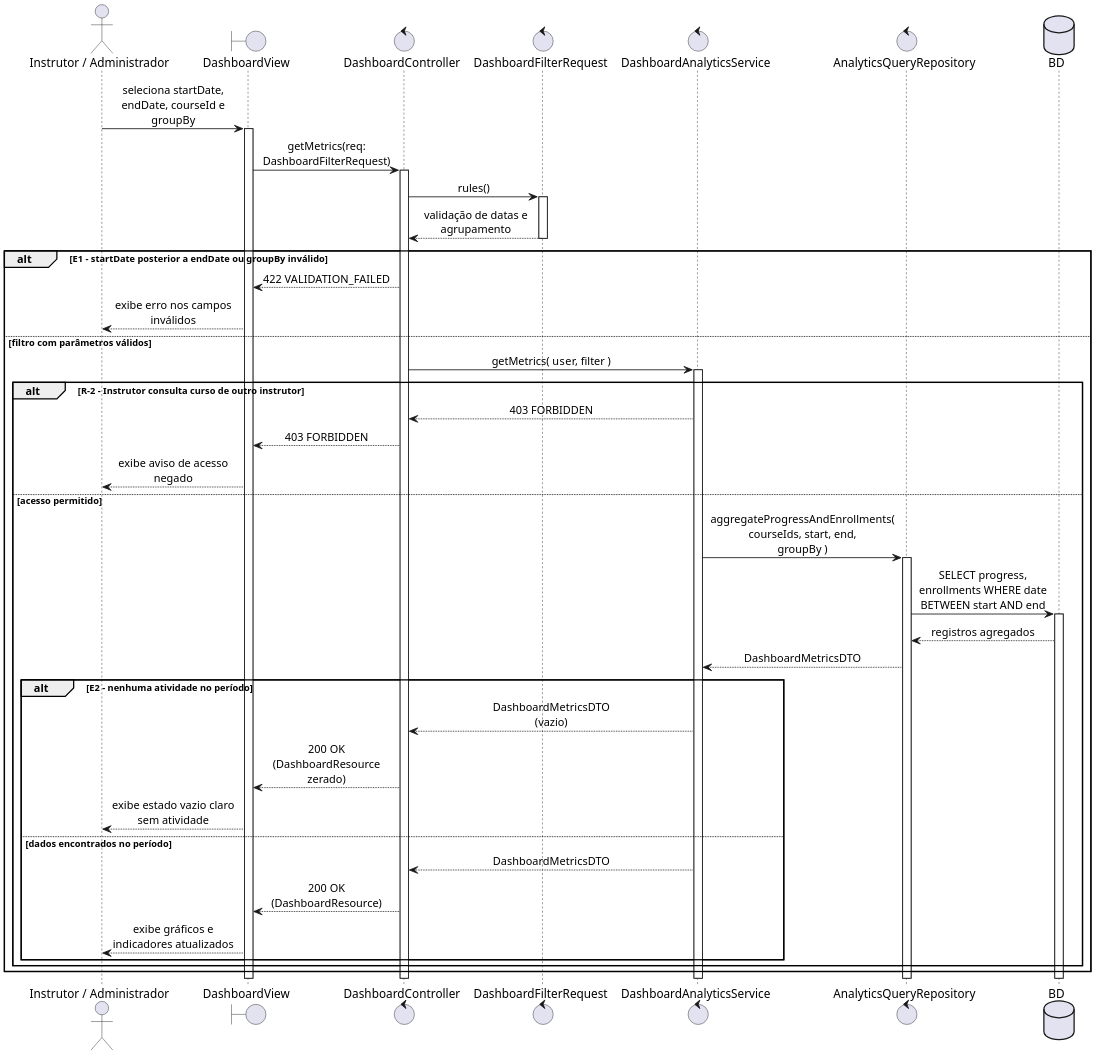
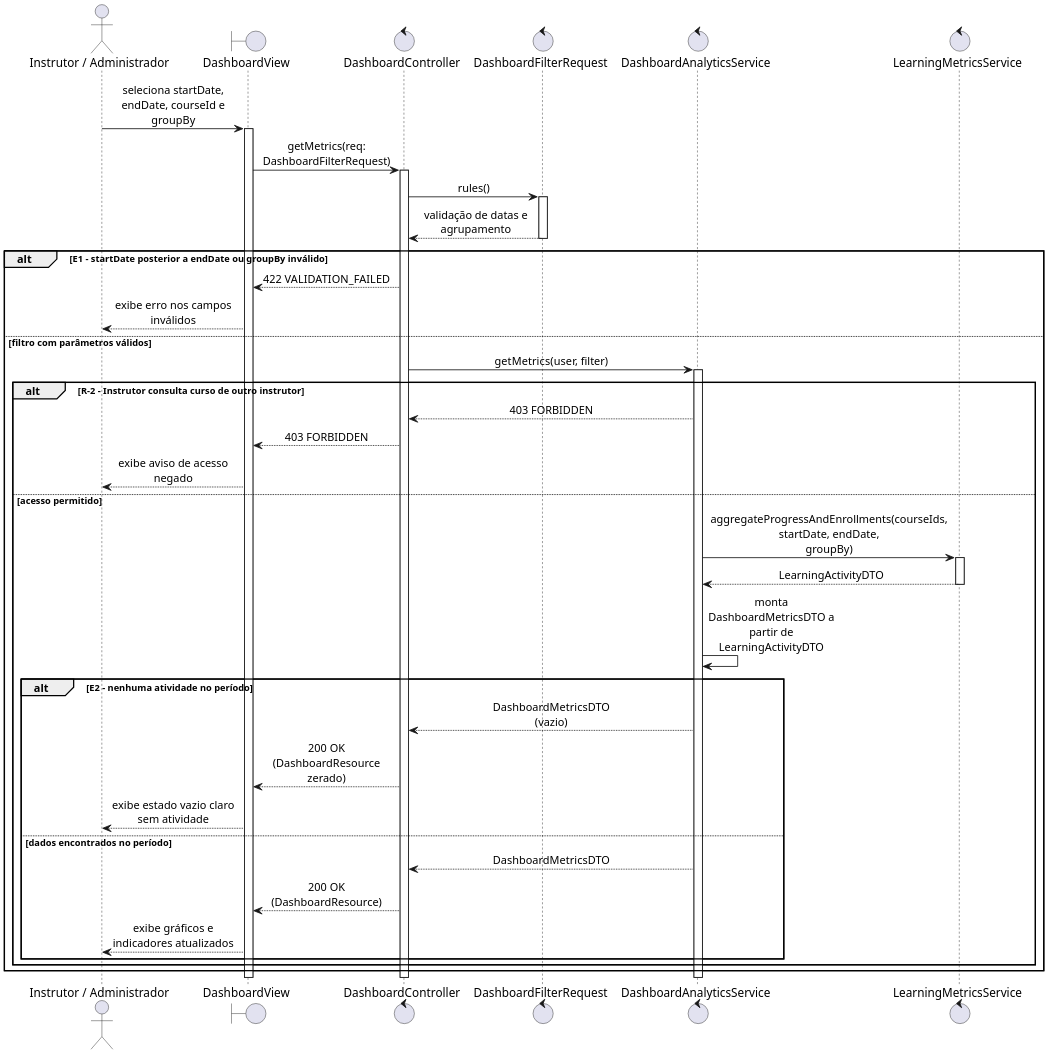
The diagram in scripts/drawio-seqgen/exemplos/14-sequencia-uc007.puml (Plataforma-de-Cursos-TCC/plataforma-cursos-docs), drawn with PlantUML before and after one commit. The commit also changed other lines of this file and 3 other files, not shown here.

First line of the commit message:
fix(sequencia-uc007): read dashboard metrics through the Area C service

```diff
--- a/scripts/drawio-seqgen/exemplos/14-sequencia-uc007.puml
+++ b/scripts/drawio-seqgen/exemplos/14-sequencia-uc007.puml
@@ -3,47 +4,45 @@
 @startuml 14-sequencia-uc007
 skinparam shadowing false
 skinparam dpi 192
 skinparam defaultFontName Arial
 skinparam sequenceMessageAlign center
 skinparam responseMessageBelowArrow true
 skinparam wrapMessageWidth 170
 skinparam BoxPadding 8
 
 actor "Instrutor / Administrador" as USU
 boundary DashboardView as V
 control DashboardController as C
 control DashboardFilterRequest as Q
 control DashboardAnalyticsService as S
-control AnalyticsQueryRepository as R
-database BD
+control LearningMetricsService as LM
 
 USU -> V ++ : seleciona startDate, endDate, courseId e groupBy
 V -> C ++ : getMetrics(req: DashboardFilterRequest)
 C -> Q ++ : rules()
 Q --> C -- : validação de datas e agrupamento
 alt E1 - startDate posterior a endDate ou groupBy inválido
   C --> V : 422 VALIDATION_FAILED
   V --> USU : exibe erro nos campos inválidos
 else filtro com parâmetros válidos
-  C -> S ++ : getMetrics( user, filter )
+  C -> S ++ : getMetrics(user, filter)
   alt R-2 - Instrutor consulta curso de outro instrutor
     S --> C : 403 FORBIDDEN
     C --> V : 403 FORBIDDEN
     V --> USU : exibe aviso de acesso negado
   else acesso permitido
-    S -> R ++ : aggregateProgressAndEnrollments( courseIds, start, end, groupBy )
-    R -> BD ++ : SELECT progress, enrollments WHERE date BETWEEN start AND end
-    BD --> R : registros agregados
-    R --> S : DashboardMetricsDTO
+    S -> LM ++ : aggregateProgressAndEnrollments(courseIds, startDate, endDate, groupBy)
+    LM --> S -- : LearningActivityDTO
+    S -> S : monta DashboardMetricsDTO a partir de LearningActivityDTO
     alt E2 - nenhuma atividade no período
       S --> C : DashboardMetricsDTO (vazio)
       C --> V : 200 OK (DashboardResource zerado)
       V --> USU : exibe estado vazio claro sem atividade
     else dados encontrados no período
       S --> C : DashboardMetricsDTO
       C --> V : 200 OK (DashboardResource)
       V --> USU : exibe gráficos e indicadores atualizados
     end
   end
 end
 @enduml
```
